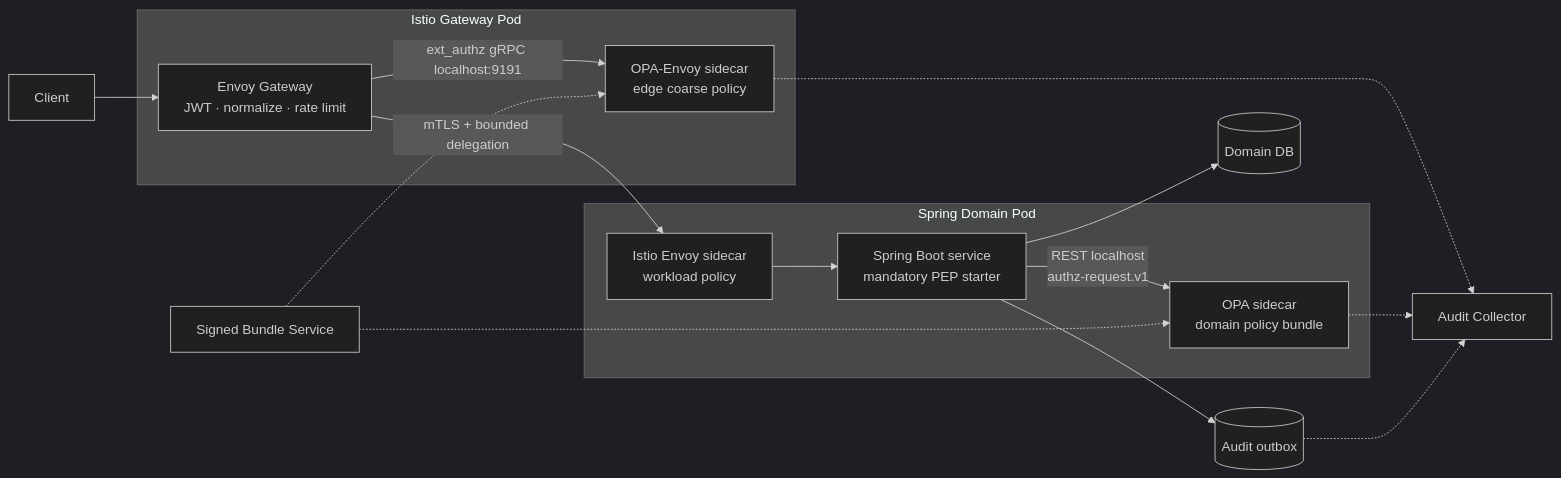
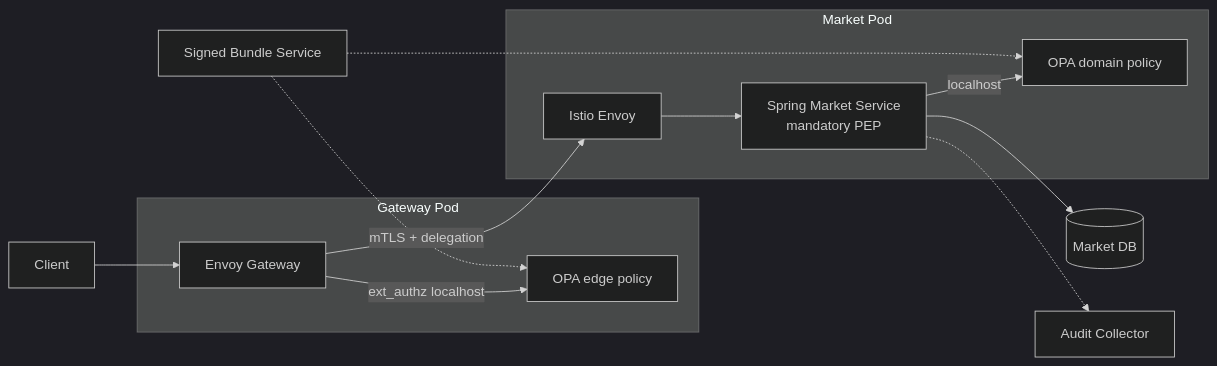
Before and after one commit to huynv-xyz/vhm: the third of 9 diagrams in zero-trust.md, drawn with Mermaid (dark theme). The commit also changed other lines of this file, not shown here.

````diff
--- a/zero-trust.md
+++ b/zero-trust.md
@@ -616,28 +470,25 @@
 ```mermaid
 flowchart LR
-    CLIENT[Client] --> GW
+    C[Client] --> G
 
-    subgraph GWPOD[Istio Gateway Pod]
-        GW[Envoy Gateway<br/>JWT · normalize · rate limit]
-        GOPA[OPA-Envoy sidecar<br/>edge coarse policy]
-        GW -->|ext_authz gRPC localhost:9191| GOPA
+    subgraph GP[Gateway Pod]
+        G[Envoy Gateway]
+        GO[OPA edge policy]
+        G -->|ext_authz localhost| GO
     end
 
-    GW -->|mTLS + bounded delegation| ENVOY
+    G -->|mTLS + delegation| E
 
-    subgraph APPPOD[Spring Domain Pod]
-        ENVOY[Istio Envoy sidecar<br/>workload policy]
-        APP[Spring Boot service<br/>mandatory PEP starter]
-        OPA[OPA sidecar<br/>domain policy bundle]
-        ENVOY --> APP
-        APP -->|REST localhost<br/>authz-request.v1| OPA
+    subgraph MP[Market Pod]
+        E[Istio Envoy]
+        S[Spring Market Service<br/>mandatory PEP]
+        P[OPA domain policy]
+        E --> S
+        S -->|localhost| P
     end
 
-    APP --> DB[(Domain DB)]
-    APP --> OUTBOX[(Audit outbox)]
-    BUNDLE[Signed Bundle Service] -.-> GOPA
-    BUNDLE -.-> OPA
-    GOPA -.-> COLLECTOR[Audit Collector]
-    OPA -.-> COLLECTOR
-    OUTBOX -.-> COLLECTOR
+    S --> DB[(Market DB)]
+    S -.-> AC[Audit Collector]
+    B[Signed Bundle Service] -.-> GO
+    B -.-> P
 ```
````
